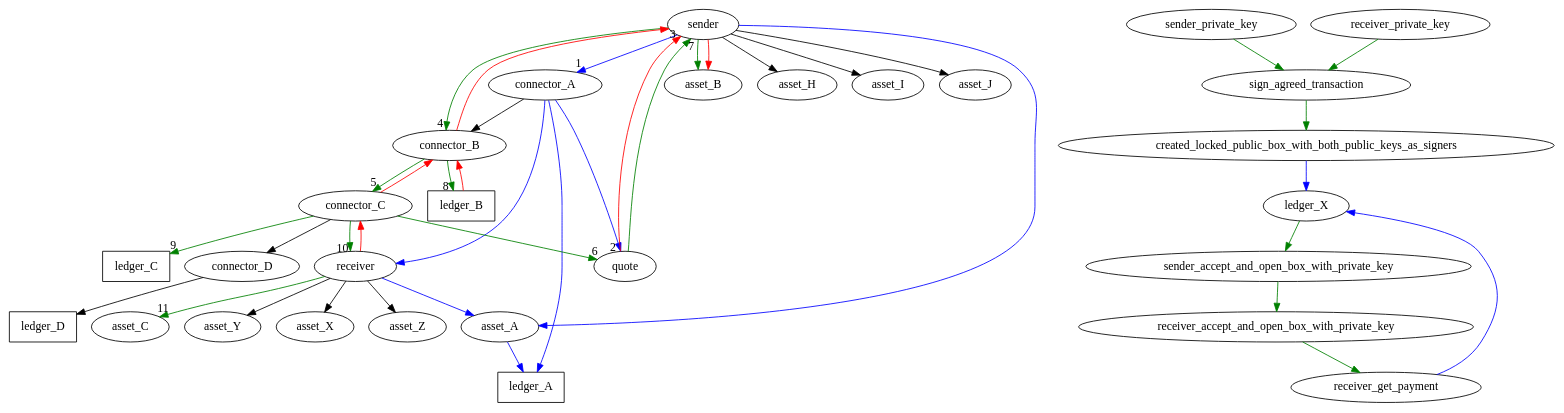
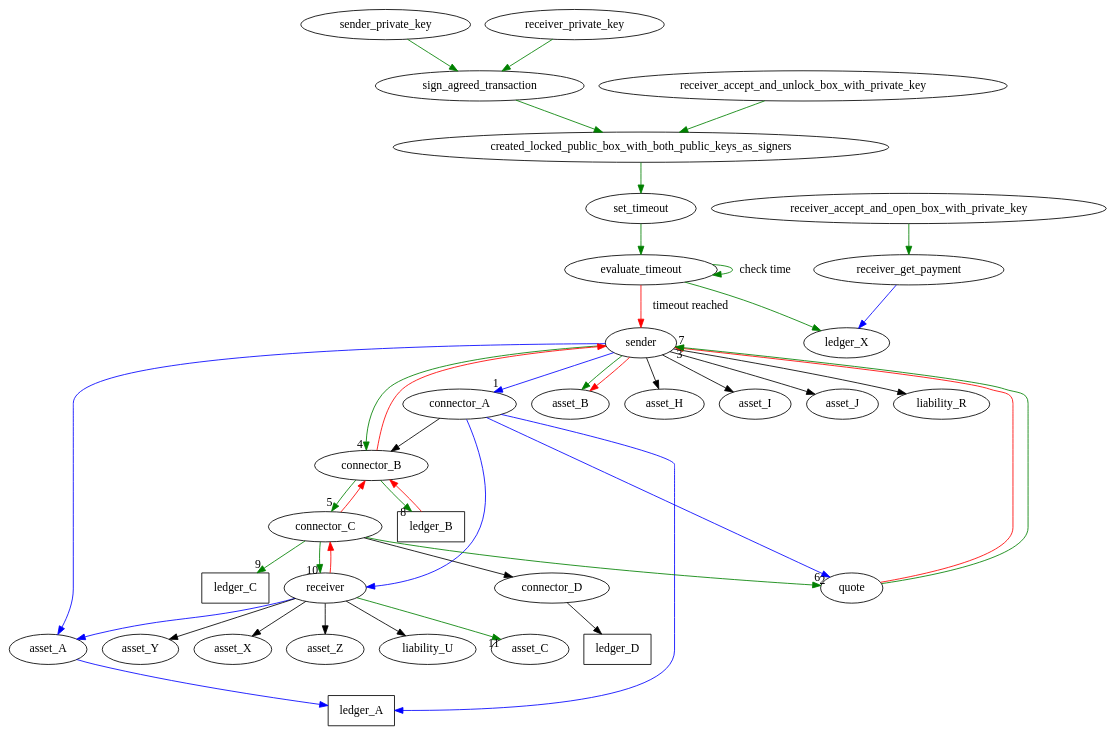
Before and after one commit to manilabay/blockchain-graphs: the diagram in interledger-protocol.dot, drawn with Graphviz. The commit also changed 1 other file, not shown here.

```diff
--- a/interledger-protocol.dot
+++ b/interledger-protocol.dot
@@ -1,61 +1,69 @@
 digraph G {
 
     # asset_A, asset_B, asset_C, asset_H, asset_I, asset_J, asset_X, asset_Y, asset_Z [shape=box];
     ledger_A, ledger_B, ledger_C, ledger_D [shape=box];
 
     sender -> asset_A [color="blue"];
     sender -> asset_B [color="green"];
     sender -> asset_H;
     sender -> asset_I;
     sender -> asset_J;
+    sender -> liability_R;
     sender -> connector_A [headlabel="1", labelangle=60] [color="blue"];
     sender -> connector_B [headlabel="4", labelangle=50] [color="green"];
 
     connector_A -> ledger_A [color="blue"];
     connector_B -> ledger_B [headlabel="8", labelangle=50] [color="green"];
     connector_C -> ledger_C [headlabel="9", labelangle=50] [color="green"];
     connector_A -> connector_B;
     connector_B -> connector_C [headlabel="5", labelangle=50] [color="green"];
     connector_C -> receiver [headlabel="10", labelangle=70] [color="green"];
     connector_A -> receiver [color="blue"];
 
     connector_C -> connector_D;
     connector_D -> ledger_D;
 
     receiver -> asset_C [headlabel="11", labelangle=50] [color="green"];
     receiver -> asset_A [color="blue"];
     receiver -> asset_Y;
     receiver -> asset_X;
     receiver -> asset_Z;
+    receiver -> liability_U;
     asset_A -> ledger_A [color="blue"];
 
     # Quoting
     connector_A -> quote [headlabel="2", labelangle=50] [color="blue"];
     quote -> sender [headlabel="3", labelangle=-50] [color="red"];
 
     connector_C -> quote [headlabel="6", labelangle=-60] [color="green"];
     quote -> sender [headlabel="7", labelangle=50] [color="green"];
 
     # Receiver reject or havent the right private key
     receiver -> connector_C [color="red"];
     connector_C -> connector_B [color="red"];
     ledger_B -> connector_B [color="red"];
     connector_B -> sender [color="red"];
     sender -> asset_B [color="red"];
 
     sender_private_key -> sign_agreed_transaction [color="green"];
     receiver_private_key -> sign_agreed_transaction [color="green"];
 
     sign_agreed_transaction -> created_locked_public_box_with_both_public_keys_as_signers [color="green"];
 
-    created_locked_public_box_with_both_public_keys_as_signers -> ledger_X [color="blue"];
+    receiver_accept_and_unlock_box_with_private_key -> created_locked_public_box_with_both_public_keys_as_signers [color="green"];
 
-    ledger_X -> sender_accept_and_open_box_with_private_key [color="green"];
+    created_locked_public_box_with_both_public_keys_as_signers -> set_timeout [color="green"]
 
-    sender_accept_and_open_box_with_private_key -> receiver_accept_and_open_box_with_private_key [color="green"];
+    set_timeout -> evaluate_timeout [color="green"]
+
+    evaluate_timeout -> sender [label="timeout reached" color="red"];
+
+    evaluate_timeout -> evaluate_timeout [label="check time" color="green"];
+
+    evaluate_timeout -> ledger_X [color="green"];
 
     receiver_accept_and_open_box_with_private_key -> receiver_get_payment [color="green"];
 
     receiver_get_payment -> ledger_X [color="blue"];
 
 }
```
